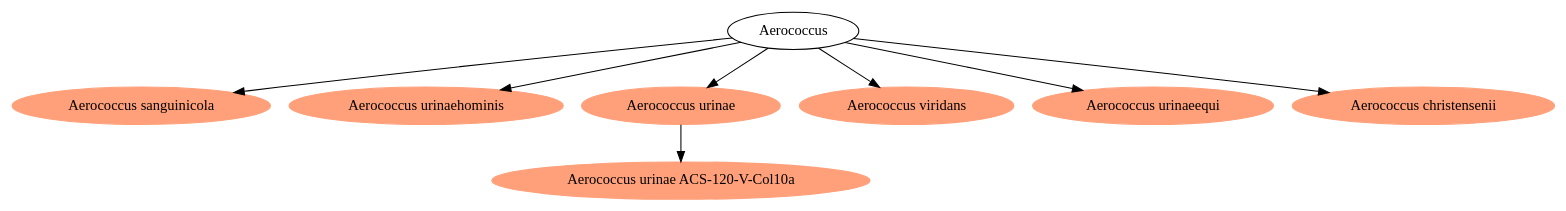
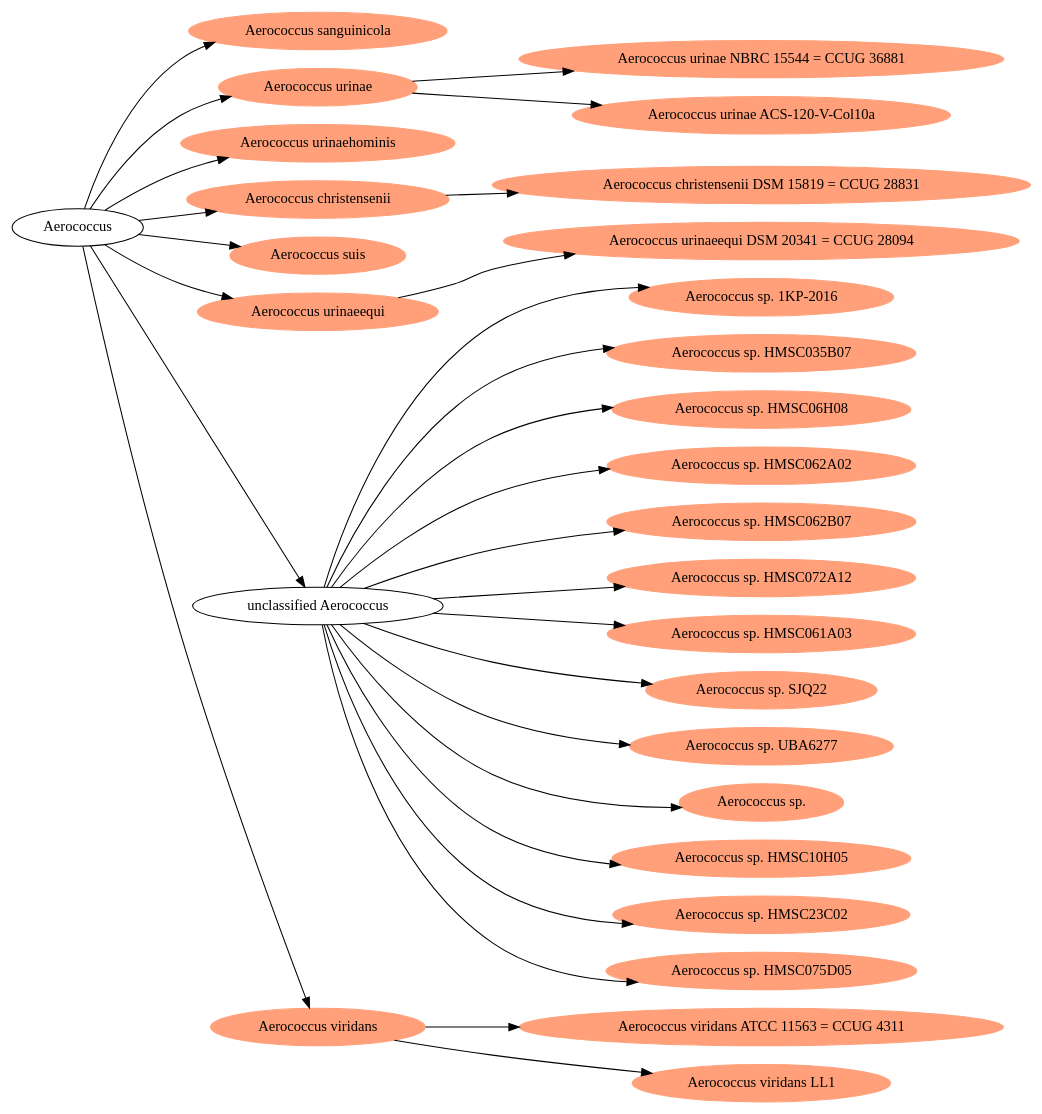
Before and after one commit to EvolBioInf/neighbors: the diagram in tutorial/1375_n_g.dot, drawn with Graphviz. The commit also changed 9 other files, not shown here.

```diff
--- a/tutorial/1375_n_g.dot
+++ b/tutorial/1375_n_g.dot
@@ -1,24 +1,84 @@
 digraph g {
+	rankdir=LR
+	1375 [label="Aerococcus"]
 	119206 [color="lightsalmon",style=filled]
 	119206 [label="Aerococcus sanguinicola"]
+	1375 -> 119206
+	1376 [color="lightsalmon",style=filled]
+	1376 [label="Aerococcus urinae"]
+	1375 -> 1376
+	1216979 [color="lightsalmon",style=filled]
+	1216979 [label="Aerococcus urinae NBRC 15544 = CCUG 36881"]
+	1376 -> 1216979
+	866775 [color="lightsalmon",style=filled]
+	866775 [label="Aerococcus urinae ACS-120-V-Col10a"]
+	1376 -> 866775
 	128944 [color="lightsalmon",style=filled]
 	128944 [label="Aerococcus urinaehominis"]
-	1375 -> 119206
 	1375 -> 128944
-	1375 -> 1376
-	1375 -> 1377
+	87541 [color="lightsalmon",style=filled]
+	87541 [label="Aerococcus christensenii"]
+	1375 -> 87541
+	525247 [color="lightsalmon",style=filled]
+	525247 [label="Aerococcus christensenii DSM 15819 = CCUG 28831"]
+	87541 -> 525247
+	371602 [color="lightsalmon",style=filled]
+	371602 [label="Aerococcus suis"]
+	1375 -> 371602
+	51665 [color="lightsalmon",style=filled]
+	51665 [label="Aerococcus urinaeequi"]
 	1375 -> 51665
-	1375 -> 87541
-	1375 [label="Aerococcus"]
-	1376 -> 866775
-	1376 [color="lightsalmon",style=filled]
-	1376 [label="Aerococcus urinae"]
+	1120952 [color="lightsalmon",style=filled]
+	1120952 [label="Aerococcus urinaeequi DSM 20341 = CCUG 28094"]
+	51665 -> 1120952
+	2618060 [label="unclassified Aerococcus"]
+	1375 -> 2618060
+	1981982 [color="lightsalmon",style=filled]
+	1981982 [label="Aerococcus sp. 1KP-2016"]
+	2618060 -> 1981982
+	1715184 [color="lightsalmon",style=filled]
+	1715184 [label="Aerococcus sp. HMSC035B07"]
+	2618060 -> 1715184
+	1581129 [color="lightsalmon",style=filled]
+	1581129 [label="Aerococcus sp. HMSC06H08"]
+	2618060 -> 1581129
+	1715105 [color="lightsalmon",style=filled]
+	1715105 [label="Aerococcus sp. HMSC062A02"]
+	2618060 -> 1715105
+	1715159 [color="lightsalmon",style=filled]
+	1715159 [label="Aerococcus sp. HMSC062B07"]
+	2618060 -> 1715159
+	1739333 [color="lightsalmon",style=filled]
+	1739333 [label="Aerococcus sp. HMSC072A12"]
+	2618060 -> 1739333
+	1739396 [color="lightsalmon",style=filled]
+	1739396 [label="Aerococcus sp. HMSC061A03"]
+	2618060 -> 1739396
+	2487350 [color="lightsalmon",style=filled]
+	2487350 [label="Aerococcus sp. SJQ22"]
+	2618060 -> 2487350
+	1945961 [color="lightsalmon",style=filled]
+	1945961 [label="Aerococcus sp. UBA6277"]
+	2618060 -> 1945961
+	1872398 [color="lightsalmon",style=filled]
+	1872398 [label="Aerococcus sp."]
+	2618060 -> 1872398
+	1581084 [color="lightsalmon",style=filled]
+	1581084 [label="Aerococcus sp. HMSC10H05"]
+	2618060 -> 1581084
+	1581058 [color="lightsalmon",style=filled]
+	1581058 [label="Aerococcus sp. HMSC23C02"]
+	2618060 -> 1581058
+	1739288 [color="lightsalmon",style=filled]
+	1739288 [label="Aerococcus sp. HMSC075D05"]
+	2618060 -> 1739288
 	1377 [color="lightsalmon",style=filled]
 	1377 [label="Aerococcus viridans"]
-	51665 [color="lightsalmon",style=filled]
-	51665 [label="Aerococcus urinaeequi"]
-	866775 [color="lightsalmon",style=filled]
-	866775 [label="Aerococcus urinae ACS-120-V-Col10a"]
-	87541 [color="lightsalmon",style=filled]
-	87541 [label="Aerococcus christensenii"]
+	1375 -> 1377
+	655812 [color="lightsalmon",style=filled]
+	655812 [label="Aerococcus viridans ATCC 11563 = CCUG 4311"]
+	1377 -> 655812
+	1175629 [color="lightsalmon",style=filled]
+	1175629 [label="Aerococcus viridans LL1"]
+	1377 -> 1175629
 }
```
